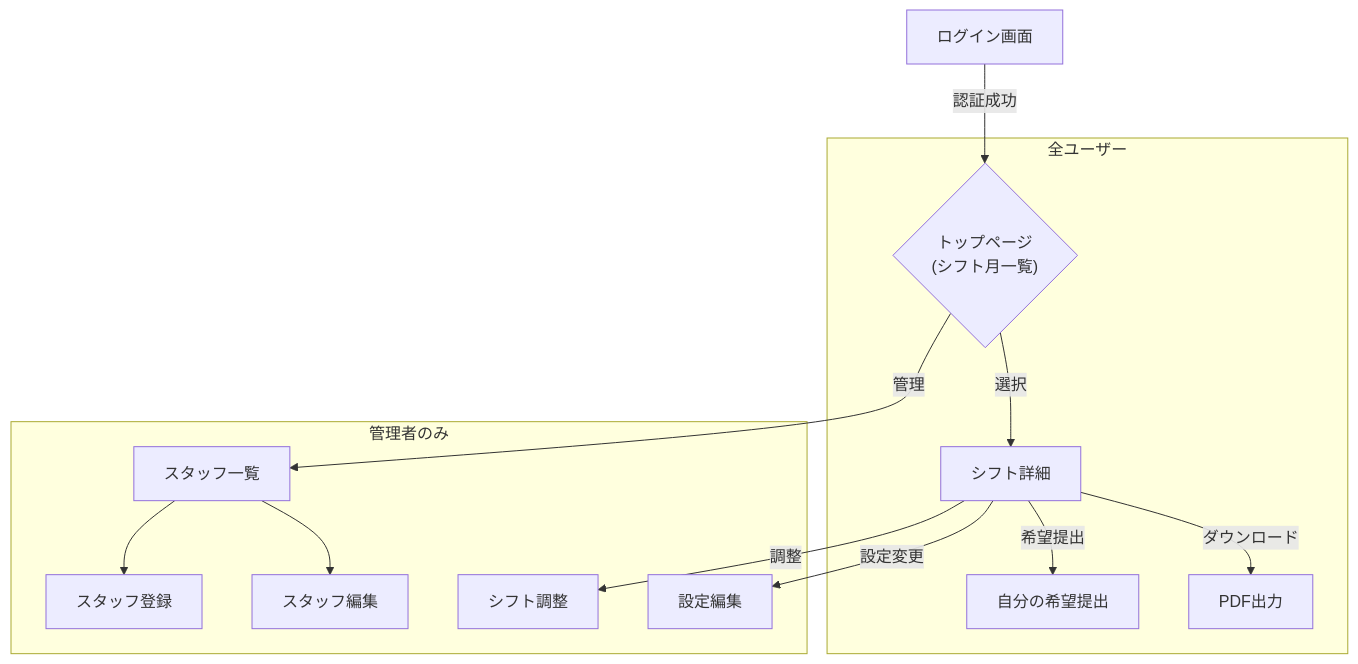
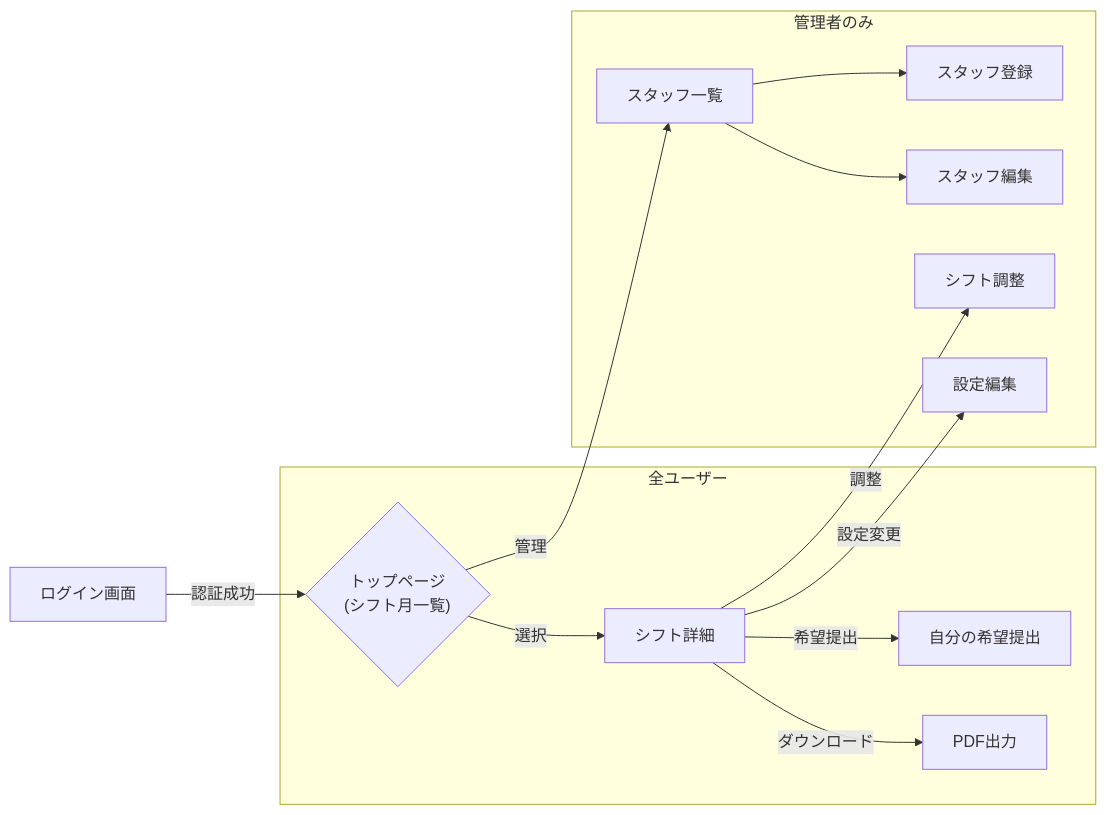
One commit to machamu-24/shift_app changed the second of 2 diagrams in README.md. Above: the diagram before and after it, drawn with Mermaid.

````diff
--- a/README.md
+++ b/README.md
@@ -82,19 +82,19 @@
 ```mermaid
-graph TD
+graph LR
     Login[ログイン画面] -->|認証成功| Root{"トップページ<br>(シフト月一覧)"}
 
     subgraph 全ユーザー
         Root -->|選択| ShiftShow[シフト詳細]
         ShiftShow -->|希望提出| MyRequests[自分の希望提出]
         ShiftShow -->|ダウンロード| PDFExport[PDF出力]
     end
 
     subgraph 管理者のみ
         Root -->|管理| StaffIndex[スタッフ一覧]
         StaffIndex --> StaffNew[スタッフ登録]
         StaffIndex --> StaffEdit[スタッフ編集]
 
         ShiftShow -->|調整| ShiftAdjust[シフト調整]
         ShiftShow -->|設定変更| ShiftEdit[設定編集]
     end
 ```
````
